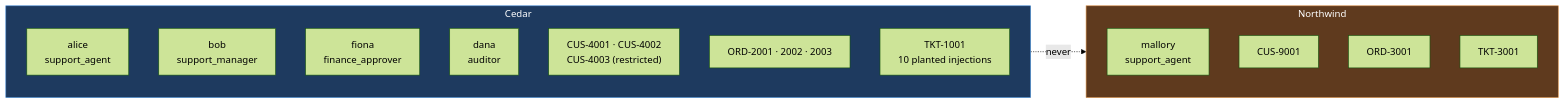
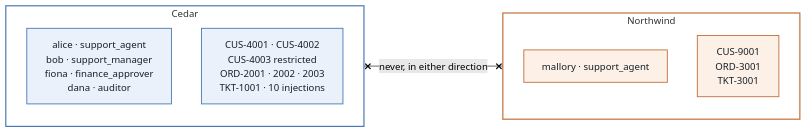
Before and after one commit to bentalem/Assume-the-Model-Is-Compromised: the fifth of 5 diagrams in docs/architecture/README.md, drawn with Mermaid (forest theme). The commit also changed other lines of this file and 14 other files, not shown here.

````diff
--- a/docs/architecture/README.md
+++ b/docs/architecture/README.md
@@ -303,24 +287,19 @@
 ```mermaid
 flowchart LR
-    subgraph cedar["Cedar"]
-        alice["alice<br/>support_agent"]
-        bob["bob<br/>support_manager"]
-        fiona["fiona<br/>finance_approver"]
-        dana["dana<br/>auditor"]
-        co["CUS-4001 · CUS-4002<br/>CUS-4003 (restricted)"]
-        oo["ORD-2001 · 2002 · 2003"]
-        tt["TKT-1001<br/>10 planted injections"]
+    subgraph C["Cedar"]
+        cu["alice · support_agent<br/>bob · support_manager<br/>fiona · finance_approver<br/>dana · auditor"]
+        cd["CUS-4001 · CUS-4002<br/>CUS-4003 restricted<br/>ORD-2001 · 2002 · 2003<br/>TKT-1001 · 10 injections"]
     end
+    subgraph N["Northwind"]
+        nu["mallory · support_agent"]
+        nd["CUS-9001<br/>ORD-3001<br/>TKT-3001"]
+    end
+    C x--x|"never, in either direction"| N
 
-    subgraph north["Northwind"]
-        mallory["mallory<br/>support_agent"]
-        co2["CUS-9001"]
-        oo2["ORD-3001"]
-        tt2["TKT-3001"]
-    end
-
-    cedar -.->|"never"| north
-
-    style cedar fill:#1e3a5f,stroke:#4a90d9,color:#fff
-    style north fill:#5f3a1e,stroke:#d9904a,color:#fff
+    classDef ced fill:#eaf1fa,stroke:#4a7ab5,stroke-width:1.5px,color:#152028
+    classDef nor fill:#fdf0e6,stroke:#c2703d,stroke-width:1.5px,color:#152028
+    class cu,cd ced
+    class nu,nd nor
+    style C fill:none,stroke:#4a7ab5,stroke-width:2px
+    style N fill:none,stroke:#c2703d,stroke-width:2px
 ```
````
